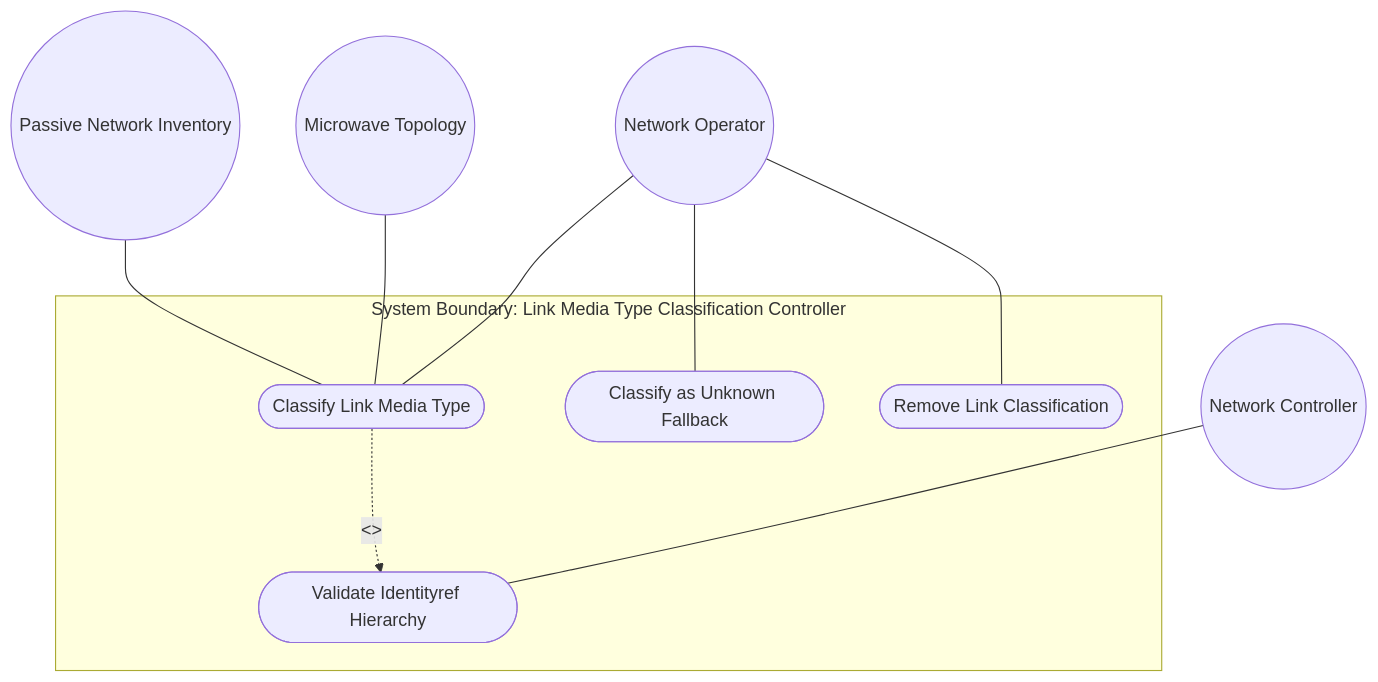
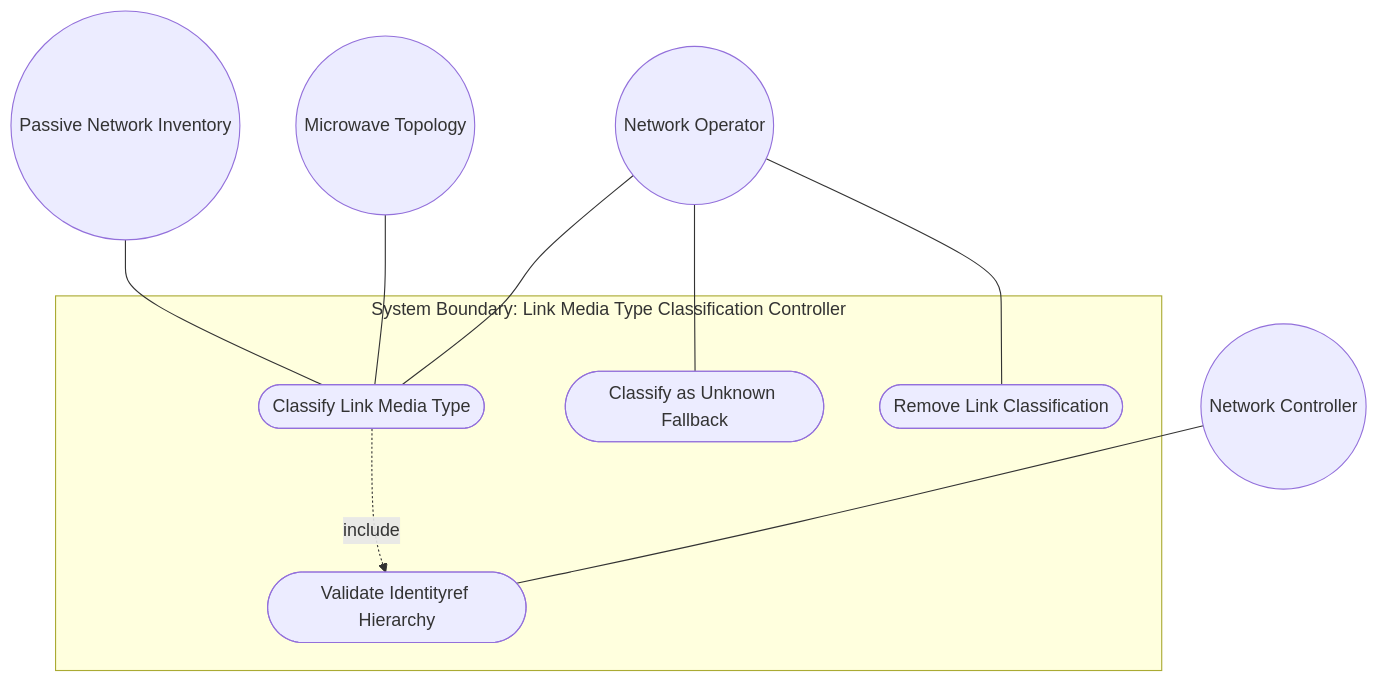
Before and after one commit to gintatkinson/3dgs-030: the first of 2 diagrams in docs/use-cases/uc-16-classify-link-media-type.md, drawn with Mermaid. The commit also changed 17 other files, not shown here.

Commit message:
docs: fix Mermaid UML rendering in all 18 use cases -- remove <<include>>/<<extend>> angle brackets causing GitHub renderer failure

````diff
--- a/docs/use-cases/uc-16-classify-link-media-type.md
+++ b/docs/use-cases/uc-16-classify-link-media-type.md
@@ -97,16 +97,16 @@
 ```mermaid
 graph TD
     subgraph "System Boundary: Link Media Type Classification Controller"
         UC_Classify([Classify Link Media Type])
         UC_Validate([Validate Identityref Hierarchy])
         UC_Fallback([Classify as Unknown Fallback])
         UC_Remove([Remove Link Classification])
     end
     Operator((Network Operator)) --- UC_Classify
     Operator --- UC_Fallback
     Operator --- UC_Remove
-    UC_Classify -. "<<include>>" .-> UC_Validate
+    UC_Classify -. "include" .-> UC_Validate
     NwController((Network Controller)) --- UC_Validate
     PassInv((Passive Network Inventory)) --- UC_Classify
     MwTopo((Microwave Topology)) --- UC_Classify
 ```
````
